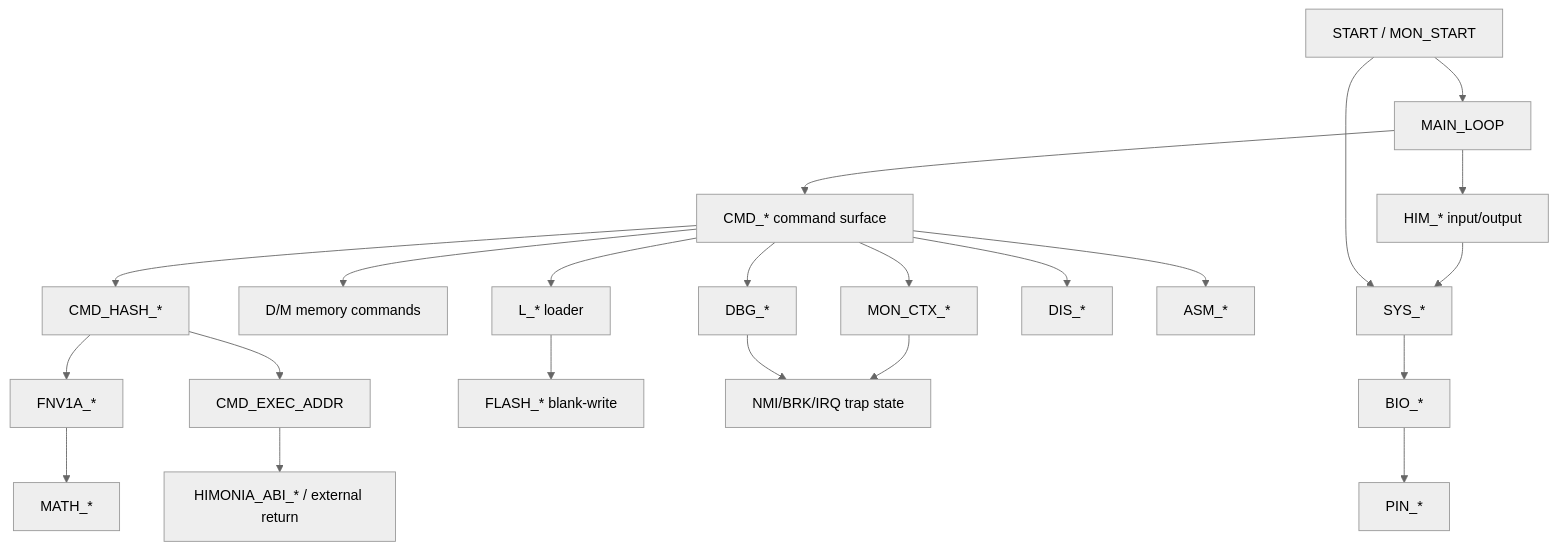
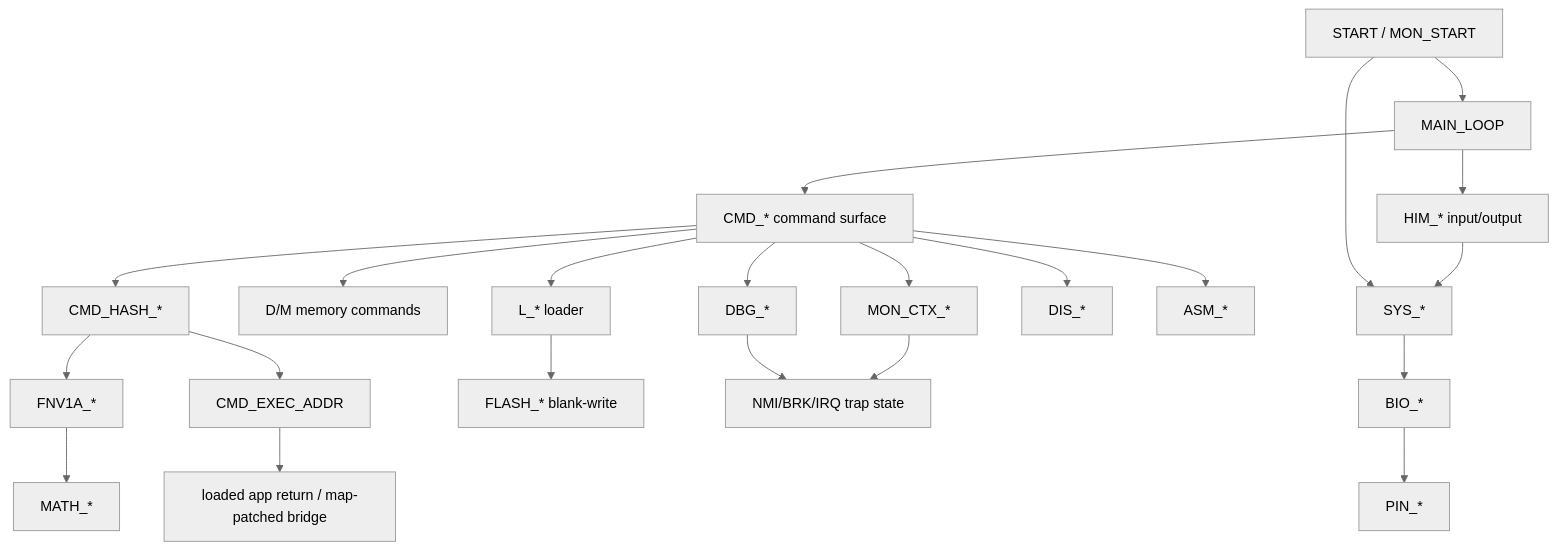
The diagram in DOC/GUIDES/HIMON_STAGES_CLASSES.md (95westus/R-YORS), drawn with Mermaid (neutral theme) before and after one commit. The commit also changed other lines of this file and 48 other files, not shown here.

````diff
--- a/DOC/GUIDES/HIMON_STAGES_CLASSES.md
+++ b/DOC/GUIDES/HIMON_STAGES_CLASSES.md
@@ -450,27 +449,27 @@
 ```mermaid
 flowchart TD
     BOOT["START / MON_START"] --> LOOP["MAIN_LOOP"]
     LOOP --> HIM["HIM_* input/output"]
     LOOP --> CMD["CMD_* command surface"]
     CMD --> HASH["CMD_HASH_*"]
     HASH --> FNV["FNV1A_*"]
     FNV --> MATH["MATH_*"]
     HASH --> EXEC["CMD_EXEC_ADDR"]
 
     CMD --> MEMCMD["D/M memory commands"]
     CMD --> LOAD["L_* loader"]
     CMD --> CTX["MON_CTX_*"]
     CMD --> DBG["DBG_*"]
     CMD --> DIS["DIS_*"]
     CMD --> ASM["ASM_*"]
 
     LOAD --> FLASH["FLASH_* blank-write"]
     CTX --> TRAP["NMI/BRK/IRQ trap state"]
     DBG --> TRAP
-    EXEC --> ABI["HIMONIA_ABI_* / external return"]
+    EXEC --> APPRET["loaded app return / map-patched bridge"]
 
     SYS["SYS_*"] --> BIO["BIO_*"]
     BIO --> PIN["PIN_*"]
     HIM --> SYS
     BOOT --> SYS
 ```
````
